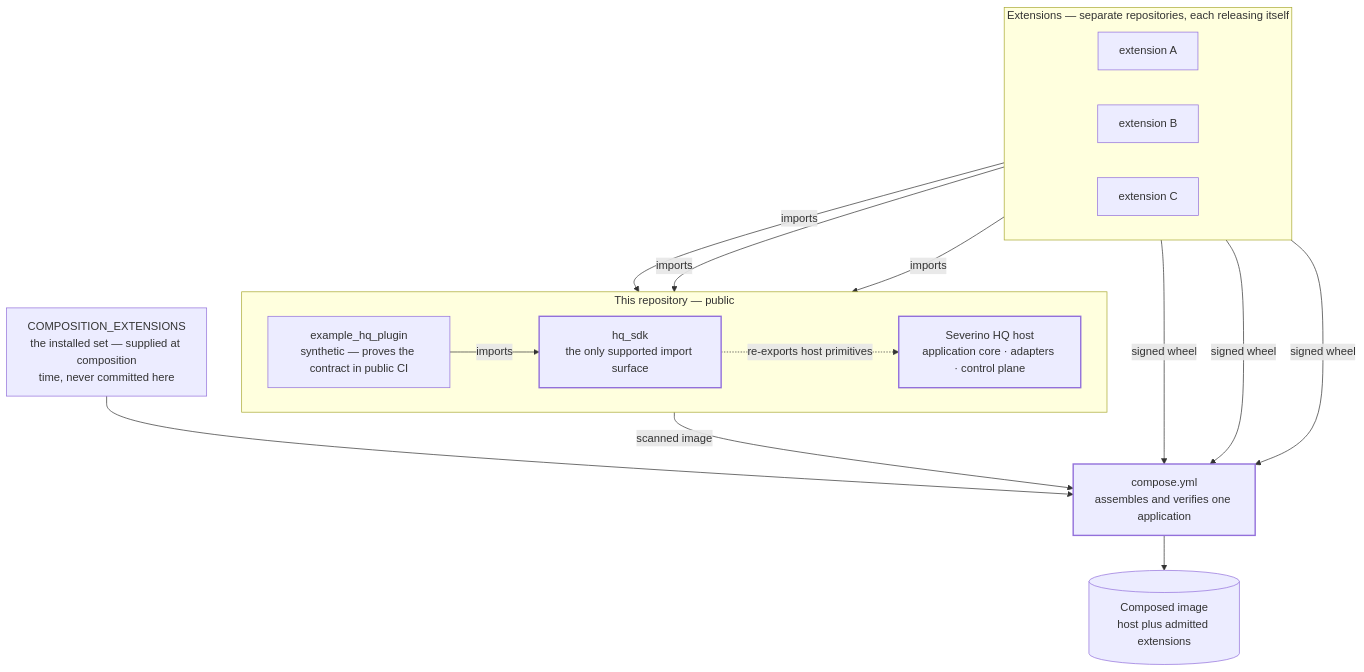
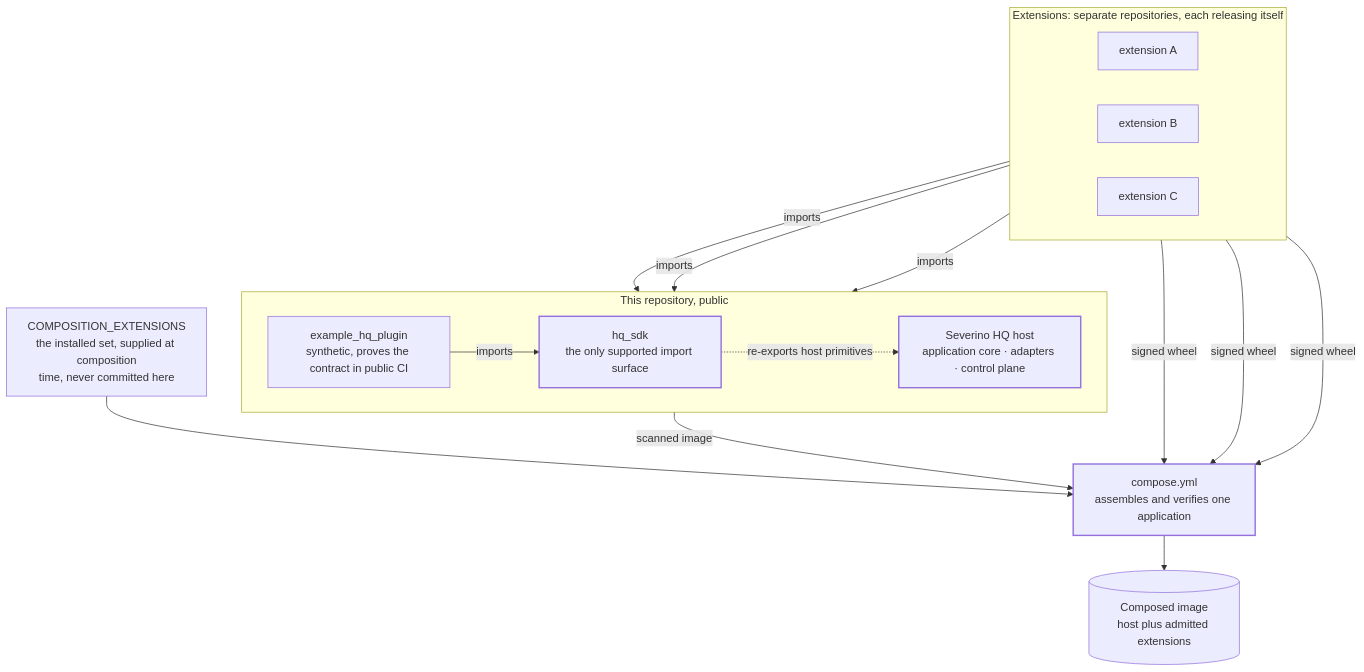
One commit to joeseverino/severino-hq changed the diagram in docs/diagrams/host-and-extensions.mmd. Above: the diagram before and after it, drawn with Mermaid. The commit also changed 471 other files, not shown here.

```diff
--- a/docs/diagrams/host-and-extensions.mmd
+++ b/docs/diagrams/host-and-extensions.mmd
@@ -1,34 +1,34 @@
 flowchart TB
-    subgraph private["Extensions — separate repositories, each releasing itself"]
+    subgraph private["Extensions: separate repositories, each releasing itself"]
         direction LR
         a["extension A"]
         b["extension B"]
         c["extension C"]
     end
 
-    subgraph public["This repository — public"]
+    subgraph public["This repository, public"]
         direction LR
         sdk["hq_sdk<br/>the only supported import surface"]
         host["Severino HQ host<br/>application core · adapters · control plane"]
-        example["example_hq_plugin<br/>synthetic — proves the contract in public CI"]
+        example["example_hq_plugin<br/>synthetic, proves the contract in public CI"]
     end
 
     a -->|imports| sdk
     b -->|imports| sdk
     c -->|imports| sdk
     example -->|imports| sdk
     sdk -.->|re-exports host primitives| host
 
-    var["COMPOSITION_EXTENSIONS<br/>the installed set — supplied at composition<br/>time, never committed here"]
+    var["COMPOSITION_EXTENSIONS<br/>the installed set, supplied at composition<br/>time, never committed here"]
     compose["compose.yml<br/>assembles and verifies one application"]
     image[("Composed image<br/>host plus admitted extensions")]
 
     a -->|signed wheel| compose
     b -->|signed wheel| compose
     c -->|signed wheel| compose
     host -->|scanned image| compose
     var --> compose
     compose --> image
 
     classDef anchor stroke-width:2px;
     class sdk,host,compose anchor;
```
